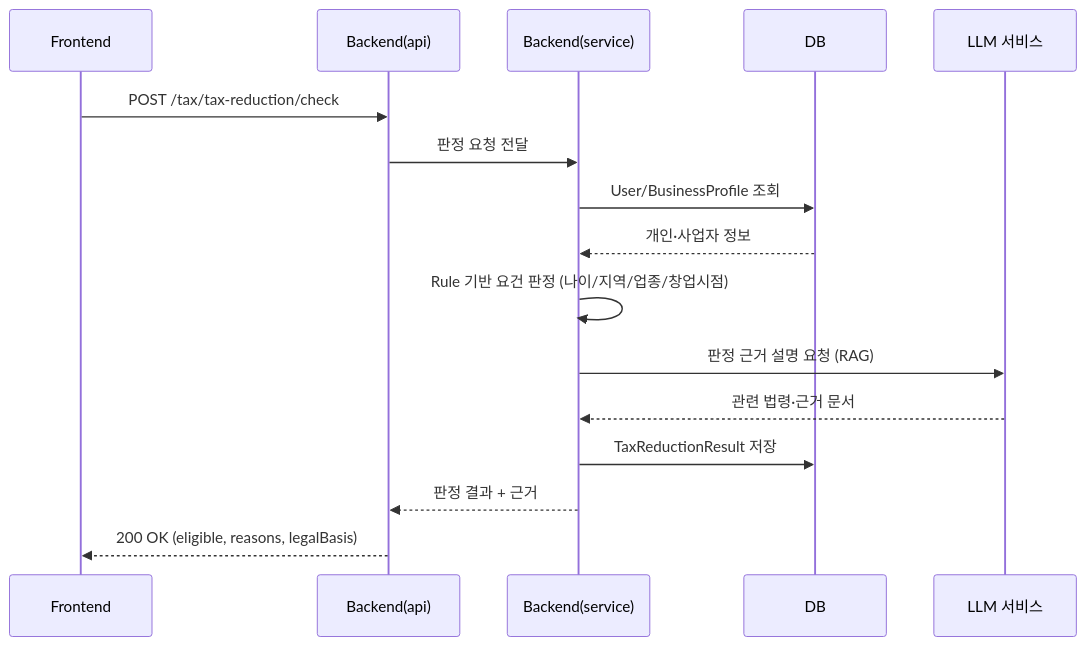
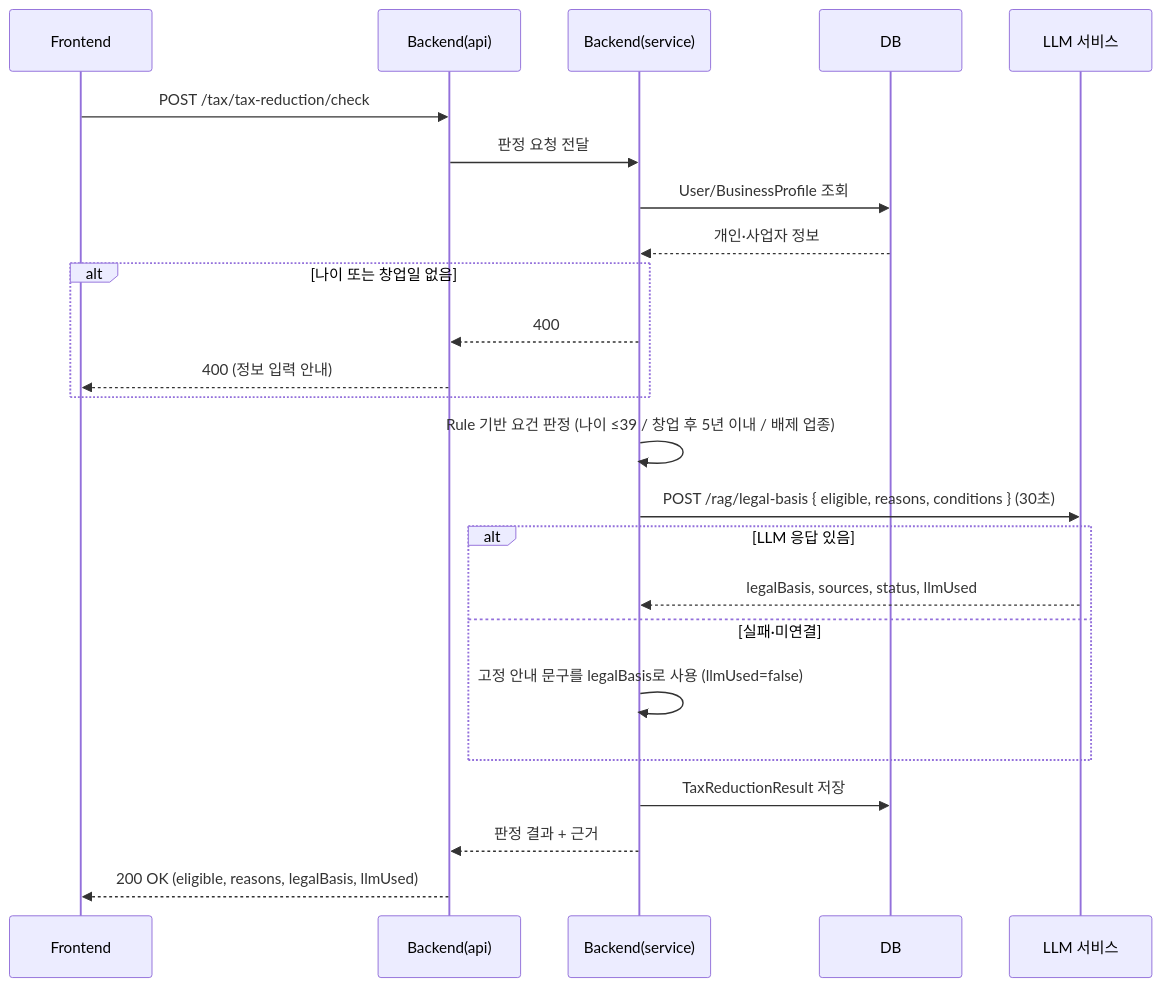
The first of 4 diagrams in Docs/Design/SEQUENCE.md (SKNETWORKS-FAMILY-AICAMP/SKN34-3rd-3Team), drawn with Mermaid before and after one commit. The commit also changed other lines of this file and 19 other files, not shown here.

````diff
--- a/Docs/Design/SEQUENCE.md
+++ b/Docs/Design/SEQUENCE.md
@@ -7,19 +7,27 @@
 ```mermaid
 sequenceDiagram
     participant FE as Frontend
     participant API as Backend(api)
     participant SVC as Backend(service)
     participant DB as DB
     participant LLM as LLM 서비스
 
     FE->>API: POST /tax/tax-reduction/check
     API->>SVC: 판정 요청 전달
     SVC->>DB: User/BusinessProfile 조회
     DB-->>SVC: 개인·사업자 정보
-    SVC->>SVC: Rule 기반 요건 판정 (나이/지역/업종/창업시점)
-    SVC->>LLM: 판정 근거 설명 요청 (RAG)
-    LLM-->>SVC: 관련 법령·근거 문서
+    alt 나이 또는 창업일 없음
+        SVC-->>API: 400
+        API-->>FE: 400 (정보 입력 안내)
+    end
+    SVC->>SVC: Rule 기반 요건 판정 (나이 ≤39 / 창업 후 5년 이내 / 배제 업종)
+    SVC->>LLM: POST /rag/legal-basis { eligible, reasons, conditions } (30초)
+    alt LLM 응답 있음
+        LLM-->>SVC: legalBasis, sources, status, llmUsed
+    else 실패·미연결
+        SVC->>SVC: 고정 안내 문구를 legalBasis로 사용 (llmUsed=false)
+    end
     SVC->>DB: TaxReductionResult 저장
     SVC-->>API: 판정 결과 + 근거
-    API-->>FE: 200 OK (eligible, reasons, legalBasis)
+    API-->>FE: 200 OK (eligible, reasons, legalBasis, llmUsed)
 ```
````
